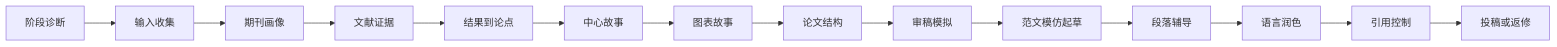
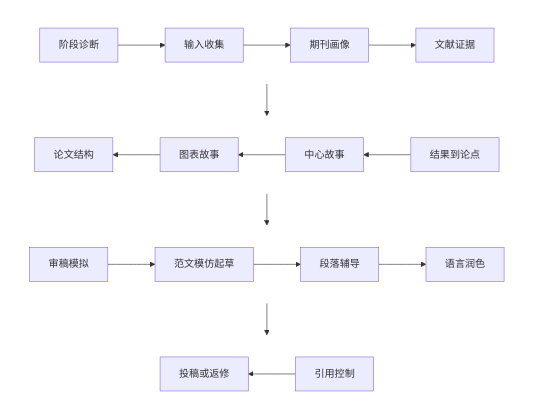
One commit to Vonfre/SCI-paper-skills changed the diagram in README.md. Above: the diagram before and after it, drawn with Mermaid. The commit also changed 1 other file, not shown here.

Commit message:
Make README workflow diagram serpentine

````diff
--- a/README.md
+++ b/README.md
@@ -76,16 +76,31 @@
 ```mermaid
-flowchart LR
-    A["阶段诊断"] --> B["输入收集"]
-    B --> C["期刊画像"]
-    C --> D["文献证据"]
-    D --> E["结果到论点"]
-    E --> F["中心故事"]
-    F --> G["图表故事"]
-    G --> H["论文结构"]
-    H --> I["审稿模拟"]
-    I --> J["范文模仿起草"]
-    J --> K["段落辅导"]
-    K --> L["语言润色"]
-    L --> M["引用控制"]
-    M --> N["投稿或返修"]
+flowchart TB
+    subgraph R1[" "]
+        direction LR
+        A["阶段诊断"] --> B["输入收集"] --> C["期刊画像"] --> D["文献证据"]
+    end
+
+    subgraph R2[" "]
+        direction RL
+        E["结果到论点"] --> F["中心故事"] --> G["图表故事"] --> H["论文结构"]
+    end
+
+    subgraph R3[" "]
+        direction LR
+        I["审稿模拟"] --> J["范文模仿起草"] --> K["段落辅导"] --> L["语言润色"]
+    end
+
+    subgraph R4[" "]
+        direction RL
+        M["引用控制"] --> N["投稿或返修"]
+    end
+
+    D --> E
+    H --> I
+    L --> M
+
+    style R1 fill:transparent,stroke:transparent
+    style R2 fill:transparent,stroke:transparent
+    style R3 fill:transparent,stroke:transparent
+    style R4 fill:transparent,stroke:transparent
 ```
````
